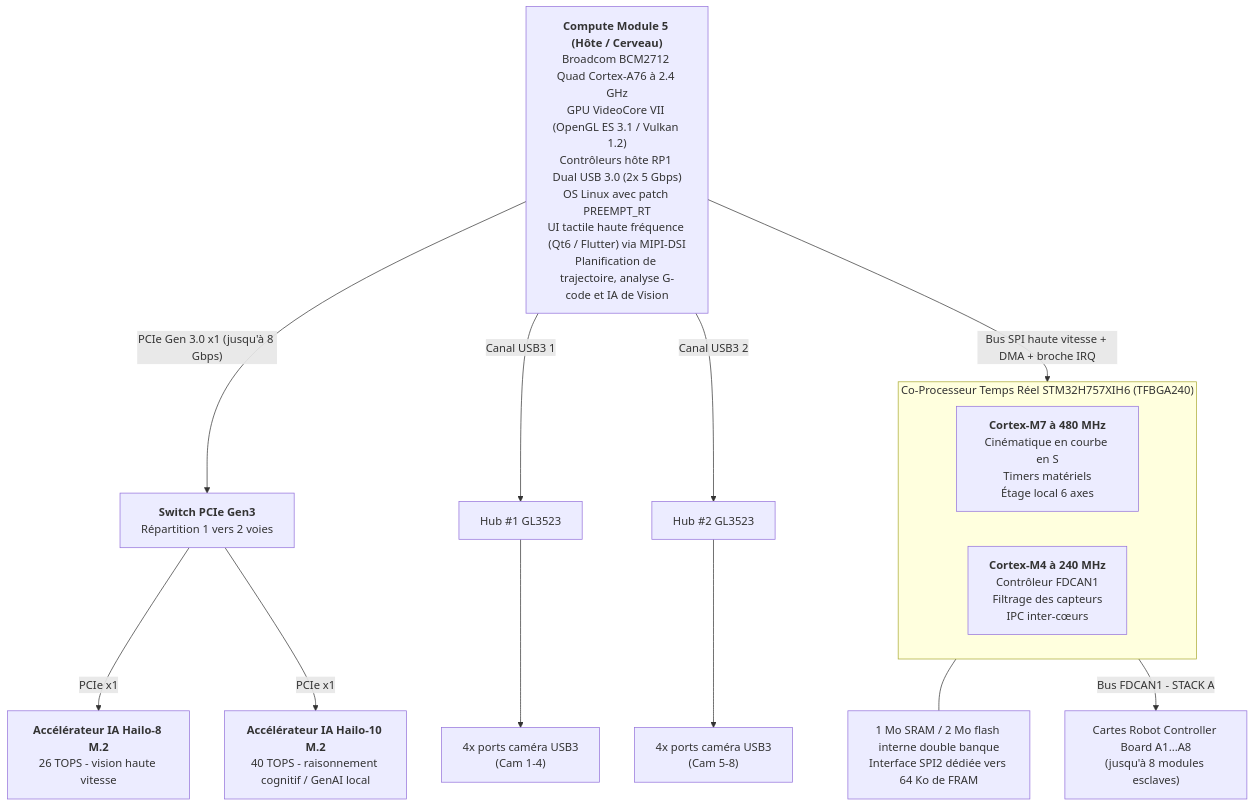
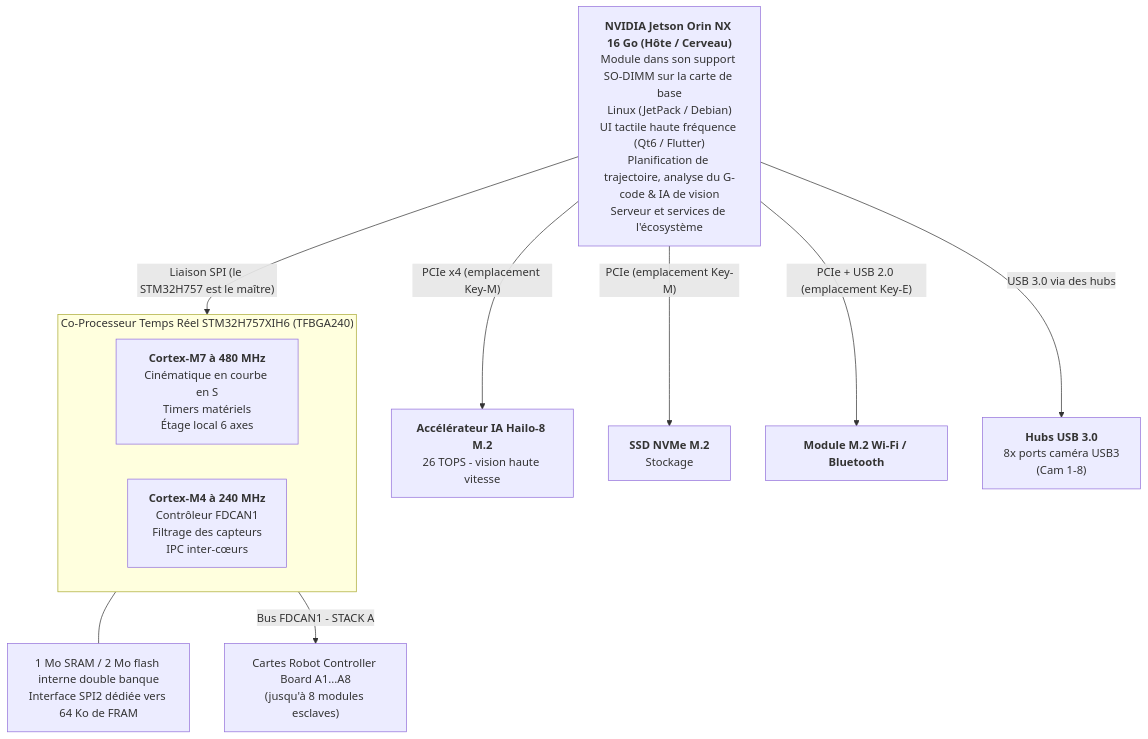
One commit to JuanenRac/HYDRA-UMC changed the first of 3 diagrams in README_fra.md. Above: the diagram before and after it, drawn with Mermaid. The commit also changed other lines of this file and 8 other files, not shown here.

Commit message:
Draw the Jetson baseboard in the README block diagram and feature list

````diff
--- a/README_fra.md
+++ b/README_fra.md
@@ -93,24 +95,21 @@
 ```mermaid
 flowchart TB
-    CM5["<b>Compute Module 5 (Hôte / Cerveau)</b><br/>Broadcom BCM2712 Quad Cortex-A76 à 2.4 GHz<br/>GPU VideoCore VII (OpenGL ES 3.1 / Vulkan 1.2)<br/>Contrôleurs hôte RP1 Dual USB 3.0 (2x 5 Gbps)<br/>OS Linux avec patch PREEMPT_RT<br/>UI tactile haute fréquence (Qt6 / Flutter) via MIPI-DSI<br/>Planification de trajectoire, analyse G-code et IA de Vision"]
+    JETSON["<b>NVIDIA Jetson Orin NX 16 Go (Hôte / Cerveau)</b><br/>Module dans son support SO-DIMM sur la carte de base<br/>Linux (JetPack / Debian)<br/>UI tactile haute fréquence (Qt6 / Flutter)<br/>Planification de trajectoire, analyse du G-code &amp; IA de vision<br/>Serveur et services de l'écosystème"]
 
-    CM5 -- "PCIe Gen 3.0 x1 (jusqu'à 8 Gbps)" --> PCIESW["<b>Switch PCIe Gen3</b><br/>Répartition 1 vers 2 voies"]
-    PCIESW -- "PCIe x1" --> HAILO8["<b>Accélérateur IA Hailo-8 M.2</b><br/>26 TOPS - vision haute vitesse"]
-    PCIESW -- "PCIe x1" --> HAILO10["<b>Accélérateur IA Hailo-10 M.2</b><br/>40 TOPS - raisonnement cognitif / GenAI local"]
-    CM5 -- "Canal USB3 1" --> HUB1["Hub #1 GL3523"]
-    CM5 -- "Canal USB3 2" --> HUB2["Hub #2 GL3523"]
-    HUB1 --> CAM14["4x ports caméra USB3<br/>(Cam 1-4)"]
-    HUB2 --> CAM58["4x ports caméra USB3<br/>(Cam 5-8)"]
+    JETSON -- "PCIe x4 (emplacement Key-M)" --> HAILO8["<b>Accélérateur IA Hailo-8 M.2</b><br/>26 TOPS - vision haute vitesse"]
+    JETSON -- "PCIe (emplacement Key-M)" --> NVME["<b>SSD NVMe M.2</b><br/>Stockage"]
+    JETSON -- "PCIe + USB 2.0 (emplacement Key-E)" --> WIFI["<b>Module M.2 Wi-Fi / Bluetooth</b>"]
+    JETSON -- "USB 3.0 via des hubs" --> HUBS["<b>Hubs USB 3.0</b><br/>8x ports caméra USB3<br/>(Cam 1-8)"]
 
-    CM5 -- "Bus SPI haute vitesse + DMA + broche IRQ" --> MCU
+    JETSON -- "Liaison SPI (le STM32H757 est le maître)" --> MCU
 
     subgraph MCU["Co-Processeur Temps Réel STM32H757XIH6 (TFBGA240)"]
         direction LR
         CM7["<b>Cortex-M7 à 480 MHz</b><br/>Cinématique en courbe en S<br/>Timers matériels<br/>Étage local 6 axes"]
         CM4["<b>Cortex-M4 à 240 MHz</b><br/>Contrôleur FDCAN1<br/>Filtrage des capteurs<br/>IPC inter-cœurs"]
     end
     MEM["1 Mo SRAM / 2 Mo flash interne double banque<br/>Interface SPI2 dédiée vers 64 Ko de FRAM"]
     MCU --- MEM
 
     MCU -- "Bus FDCAN1 - STACK A" --> ROBOTS["Cartes Robot Controller Board A1...A8<br/>(jusqu'à 8 modules esclaves)"]
 ```
````
